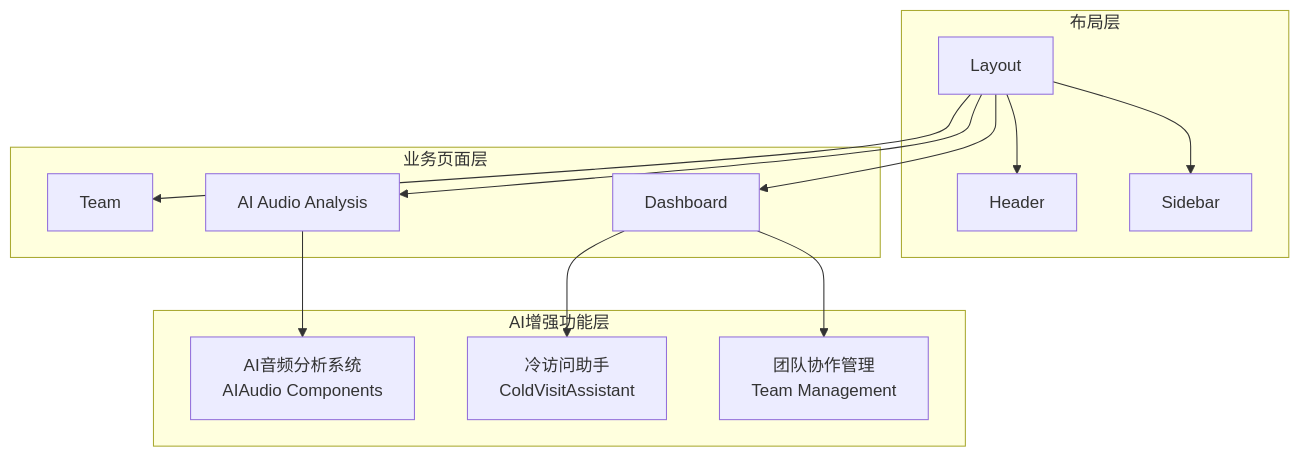
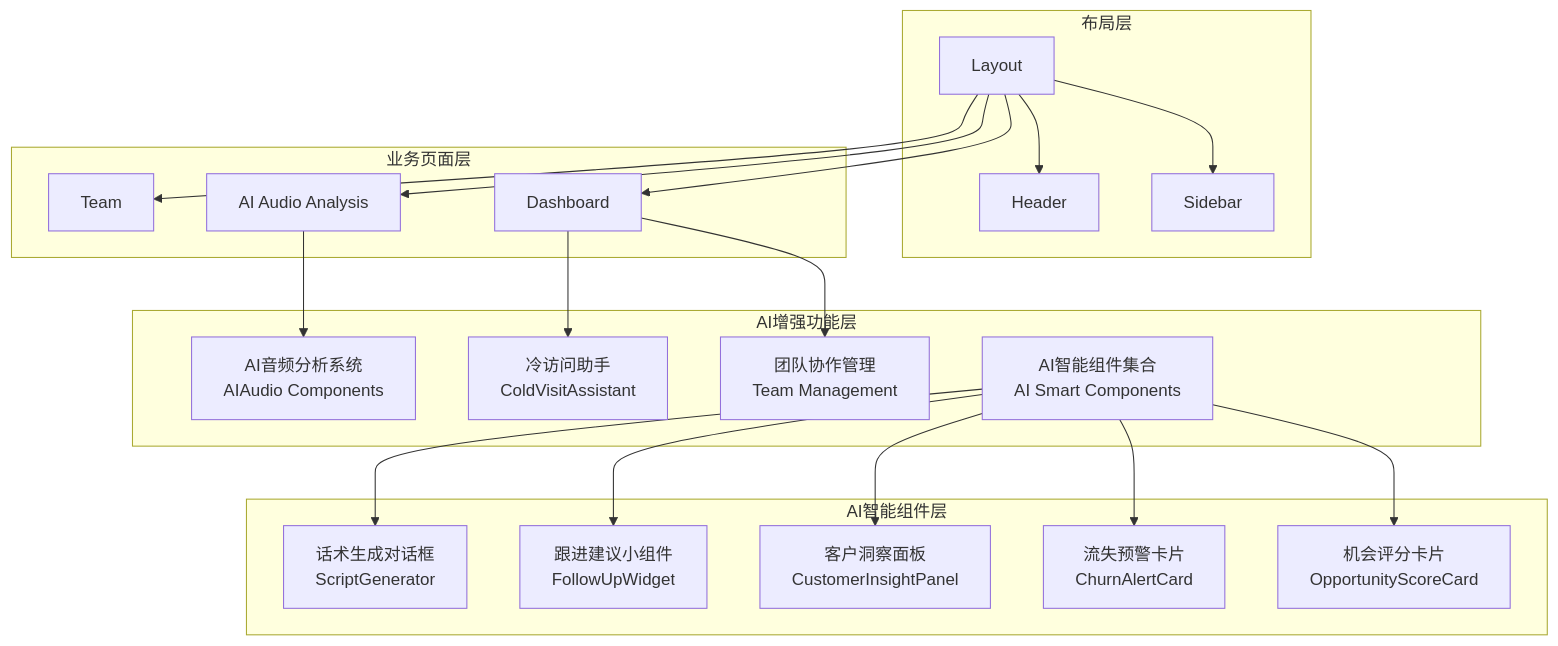
Before and after one commit to xianjianshenqu/SalesFlow-CRM: the second of 11 diagrams in .qoder/repowiki/zh/content/核心组件/核心组件.md, drawn with Mermaid. The commit also changed other lines of this file and 36 other files, not shown here.

````diff
--- a/.qoder/repowiki/zh/content/核心组件/核心组件.md
+++ b/.qoder/repowiki/zh/content/核心组件/核心组件.md
@@ -85,26 +110,39 @@
 ```mermaid
 graph TB
 subgraph "AI增强功能层"
 CA["冷访问助手<br/>ColdVisitAssistant"]
 AI["AI音频分析系统<br/>AIAudio Components"]
 TM["团队协作管理<br/>Team Management"]
+AIC["AI智能组件集合<br/>AI Smart Components"]
+end
+subgraph "AI智能组件层"
+OSC["机会评分卡片<br/>OpportunityScoreCard"]
+CAC["流失预警卡片<br/>ChurnAlertCard"]
+CIP["客户洞察面板<br/>CustomerInsightPanel"]
+FW["跟进建议小组件<br/>FollowUpWidget"]
+SG["话术生成对话框<br/>ScriptGenerator"]
 end
 subgraph "布局层"
 L["Layout"]
 S["Sidebar"]
 H["Header"]
 end
 subgraph "业务页面层"
 D["Dashboard"]
 A["AI Audio Analysis"]
 T["Team"]
 end
 L --> S
 L --> H
 L --> D
 L --> A
 L --> T
 A --> AI
 D --> TM
 D --> CA
+AIC --> OSC
+AIC --> CAC
+AIC --> CIP
+AIC --> FW
+AIC --> SG
 ```
````
